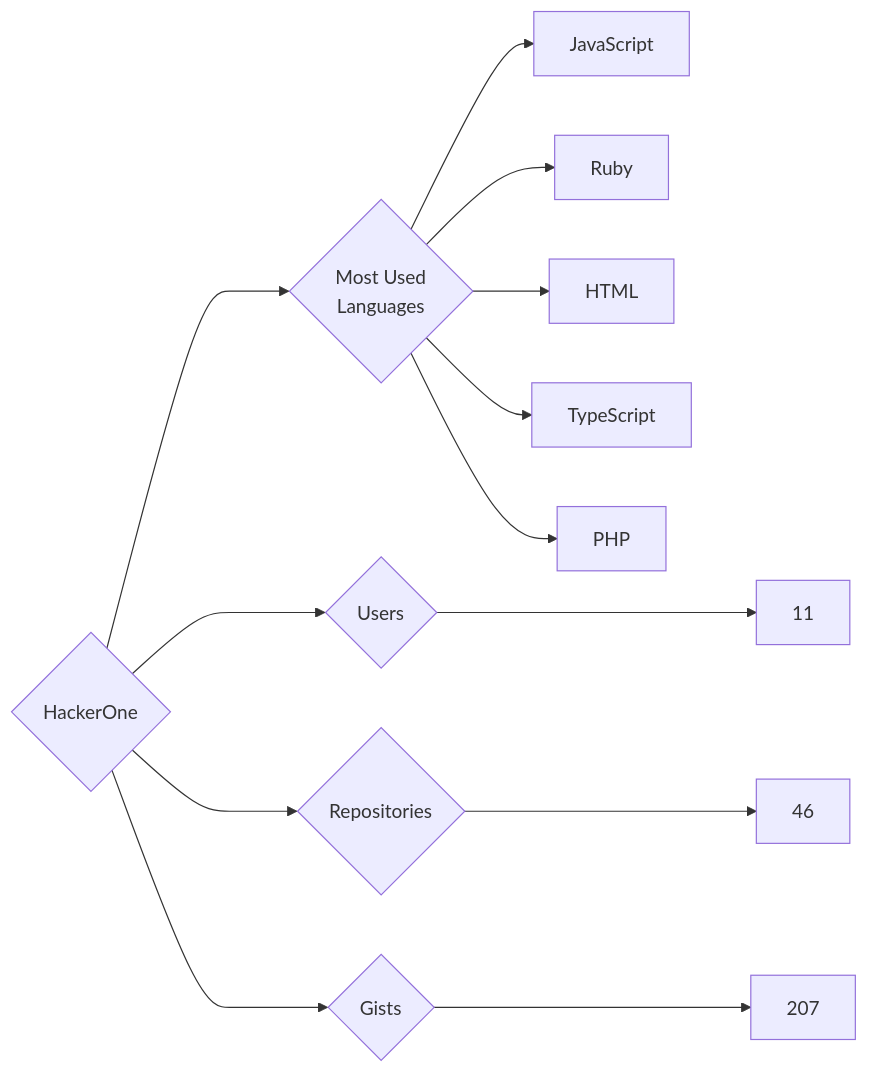
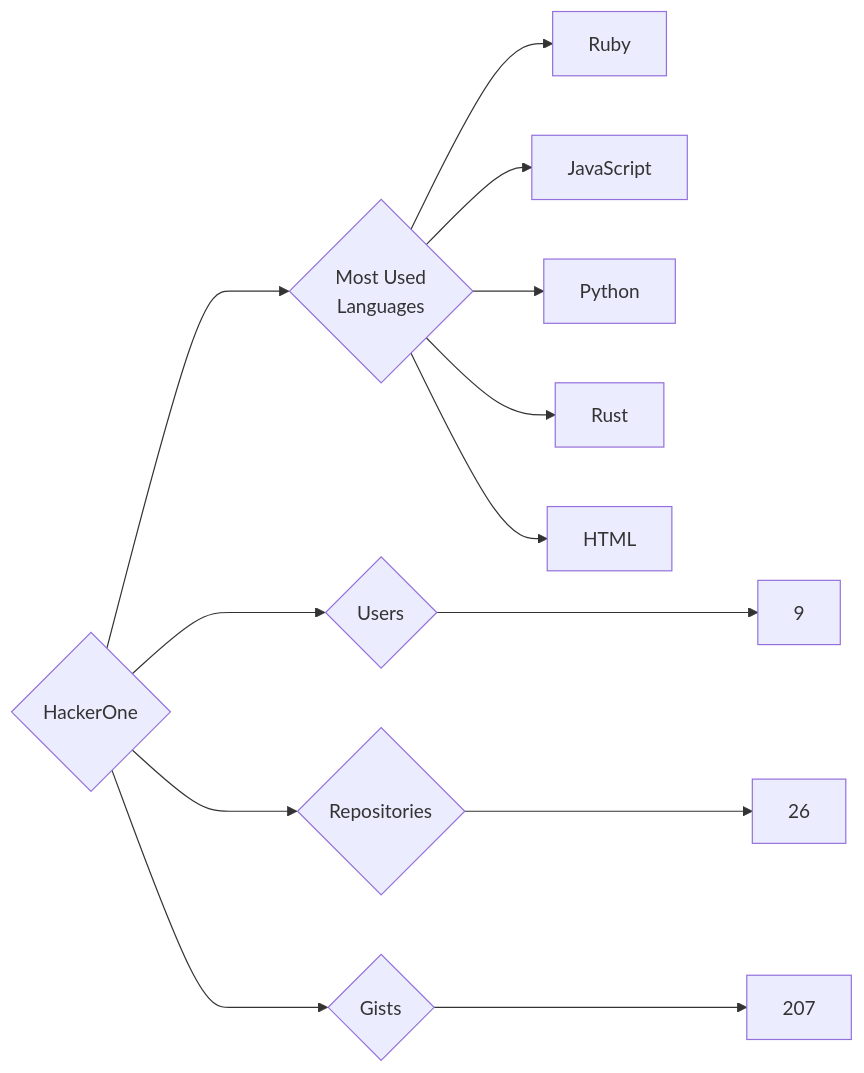
The diagram in targets/HackerOne/README.md (trickest/insiders), drawn with Mermaid before and after one commit. The commit also changed 1092 other files, not shown here.

````diff
--- a/targets/HackerOne/README.md
+++ b/targets/HackerOne/README.md
@@ -3,13 +3,13 @@
 ```mermaid
 graph LR
 COMPANY_NAME{HackerOne}
-COMPANY_NAME ---> U{Users} ---> UN[11]
-COMPANY_NAME ---> R{Repositories} ---> RN[46]
+COMPANY_NAME ---> U{Users} ---> UN[9]
+COMPANY_NAME ---> R{Repositories} ---> RN[26]
 COMPANY_NAME ---> G{Gists} ---> GN[207]
 COMPANY_NAME ---> ML{Most Used<br>Languages}
+ML --> Ruby[Ruby]
 ML --> JavaScript[JavaScript]
-ML --> Ruby[Ruby]
+ML --> Python[Python]
+ML --> Rust[Rust]
 ML --> HTML[HTML]
-ML --> TypeScript[TypeScript]
-ML --> PHP[PHP]
 ```
````
